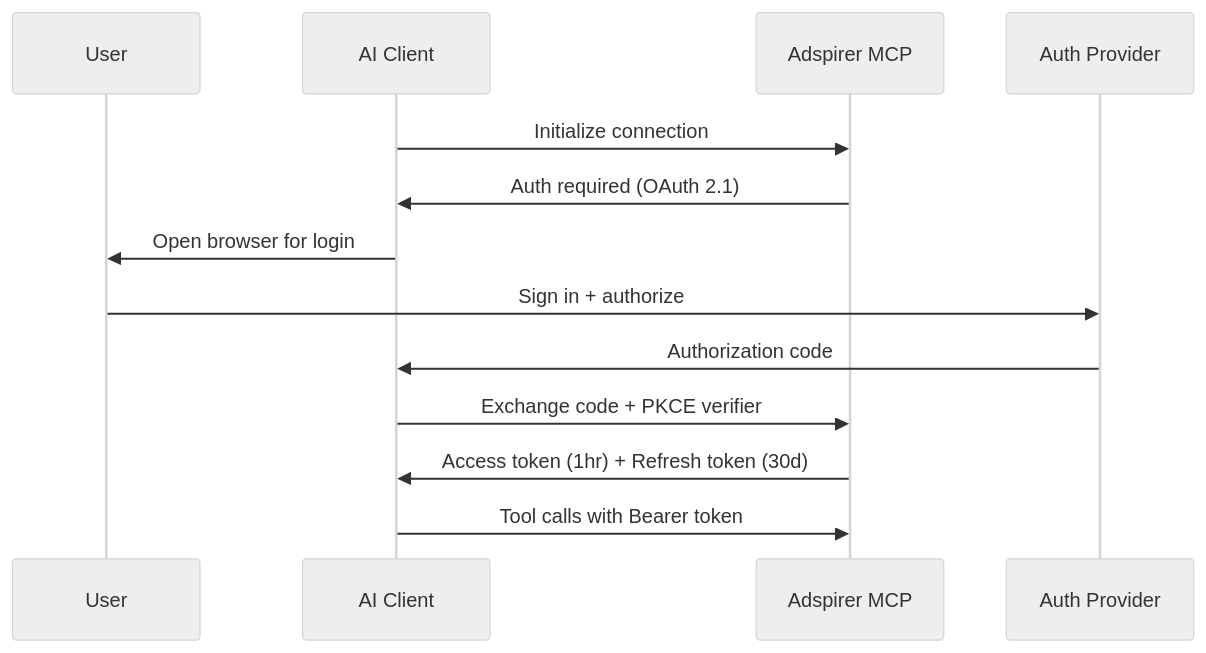
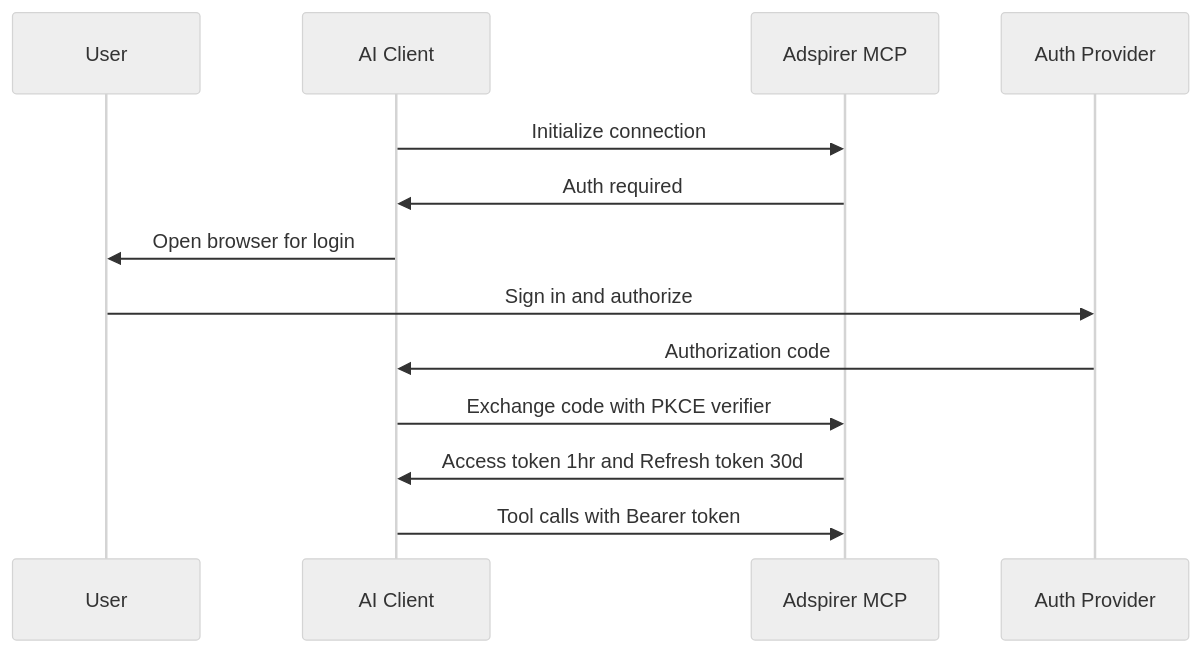
One commit to Adspirer/docs changed the second of 2 diagrams in mcp.mdx. Above: the diagram before and after it, drawn with Mermaid (neutral theme). The commit also changed other lines of this file and 1 other file, not shown here.

First line of the commit message:
Fix Mermaid rendering: remove quotes, numbered prefixes, and special chars from node labels

````diff
--- a/mcp.mdx
+++ b/mcp.mdx
@@ -68,16 +68,16 @@
 ```mermaid
 sequenceDiagram
     participant User
     participant AI as AI Client
     participant MCP as Adspirer MCP
     participant Auth as Auth Provider
 
     AI->>MCP: Initialize connection
-    MCP->>AI: Auth required (OAuth 2.1)
+    MCP->>AI: Auth required
     AI->>User: Open browser for login
-    User->>Auth: Sign in + authorize
+    User->>Auth: Sign in and authorize
     Auth->>AI: Authorization code
-    AI->>MCP: Exchange code + PKCE verifier
-    MCP->>AI: Access token (1hr) + Refresh token (30d)
+    AI->>MCP: Exchange code with PKCE verifier
+    MCP->>AI: Access token 1hr and Refresh token 30d
     AI->>MCP: Tool calls with Bearer token
 ```
````
